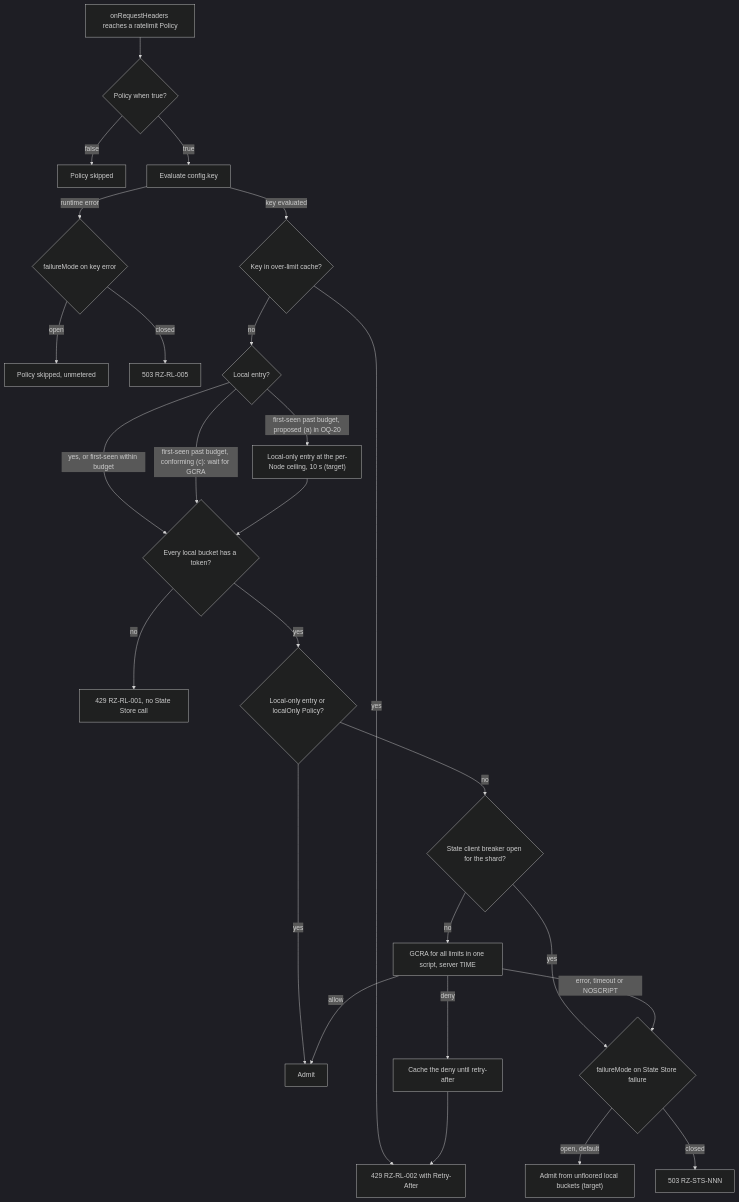
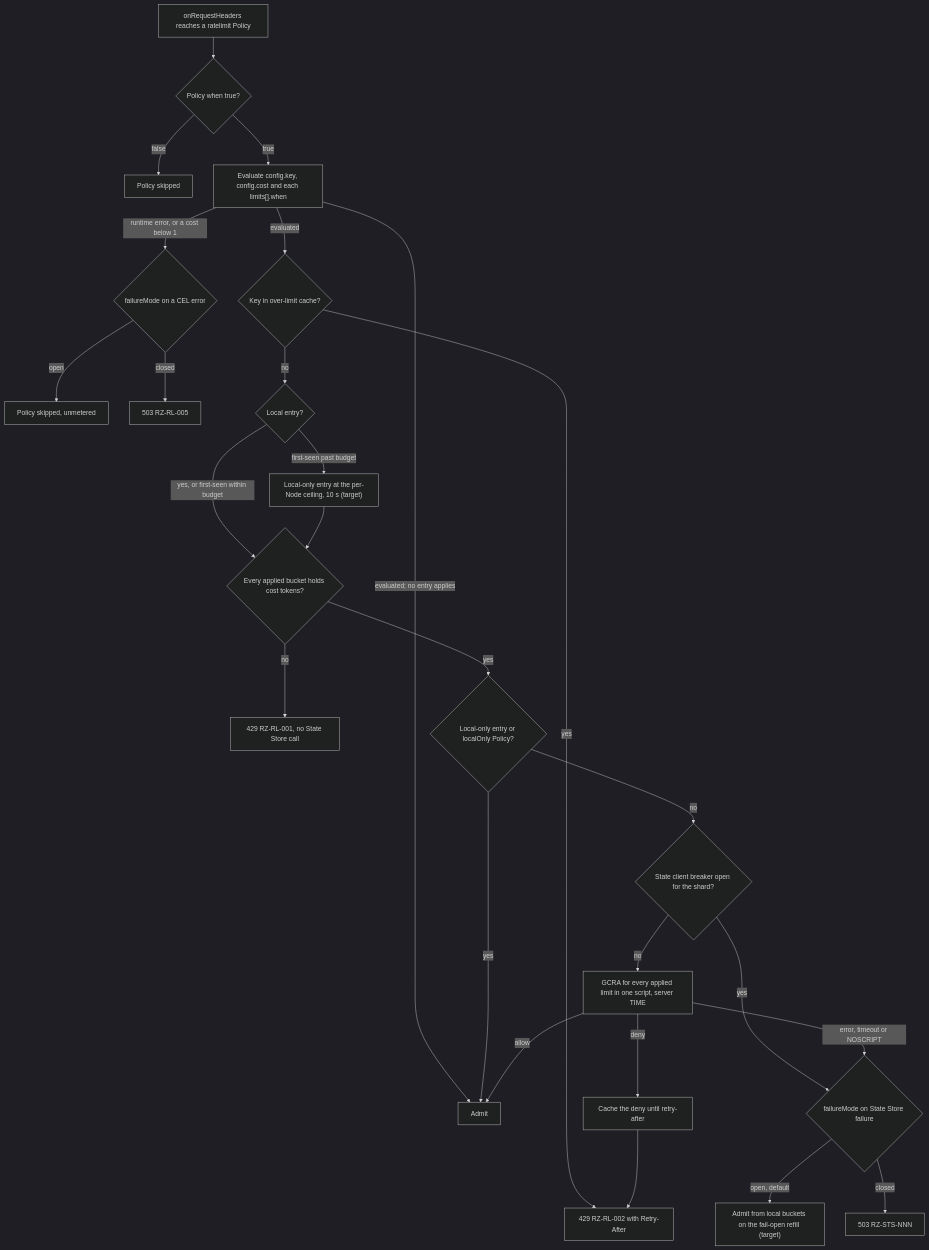
One commit to ravindu-rev/ruralz changed the third of 4 diagrams in docs/architecture/09-traffic-management-and-resilience.md. Above: the diagram before and after it, drawn with Mermaid (dark theme). The commit also changed other lines of this file and 5552 other files, not shown here.

````diff
--- a/docs/architecture/09-traffic-management-and-resilience.md
+++ b/docs/architecture/09-traffic-management-and-resilience.md
@@ -231,28 +233,28 @@
 ```mermaid
 flowchart TD
     req["onRequestHeaders reaches a ratelimit Policy"] --> when{"Policy when true?"}
     when -- "false" --> skip["Policy skipped"]
-    when -- "true" --> key["Evaluate config.key"]
-    key -- "runtime error" --> kfm{"failureMode on key error"}
+    when -- "true" --> key["Evaluate config.key, config.cost and each limits[].when"]
+    key -- "runtime error, or a cost below 1" --> kfm{"failureMode on a CEL error"}
     kfm -- "open" --> kskip["Policy skipped, unmetered"]
     kfm -- "closed" --> r503k["503 RZ-RL-005"]
-    key -- "key evaluated" --> olc{"Key in over-limit cache?"}
+    key -- "evaluated; no entry applies" --> ok
+    key -- "evaluated" --> olc{"Key in over-limit cache?"}
     olc -- "yes" --> deny2["429 RZ-RL-002 with Retry-After"]
     olc -- "no" --> nk{"Local entry?"}
-    nk -- "yes, or first-seen within budget" --> lb{"Every local bucket has a token?"}
-    nk -- "first-seen past budget, conforming (c): wait for GCRA" --> lb
-    nk -- "first-seen past budget, proposed (a) in OQ-20" --> local["Local-only entry at the per-Node ceiling, 10 s (target)"]
+    nk -- "yes, or first-seen within budget" --> lb{"Every applied bucket holds cost tokens?"}
+    nk -- "first-seen past budget" --> local["Local-only entry at the per-Node ceiling, 10 s (target)"]
     local --> lb
     lb -- "no" --> deny1["429 RZ-RL-001, no State Store call"]
     lb -- "yes" --> lo{"Local-only entry or localOnly Policy?"}
     lo -- "yes" --> ok["Admit"]
     lo -- "no" --> brk{"State client breaker open for the shard?"}
     brk -- "yes" --> fm{"failureMode on State Store failure"}
-    brk -- "no" --> gcra["GCRA for all limits in one script, server TIME"]
+    brk -- "no" --> gcra["GCRA for every applied limit in one script, server TIME"]
     gcra -- "allow" --> ok
     gcra -- "deny" --> cache["Cache the deny until retry-after"]
     cache --> deny2
     gcra -- "error, timeout or NOSCRIPT" --> fm
-    fm -- "open, default" --> admit["Admit from unfloored local buckets (target)"]
+    fm -- "open, default" --> admit["Admit from local buckets on the fail-open refill (target)"]
     fm -- "closed" --> r503["503 RZ-STS-NNN"]
 ```
````
